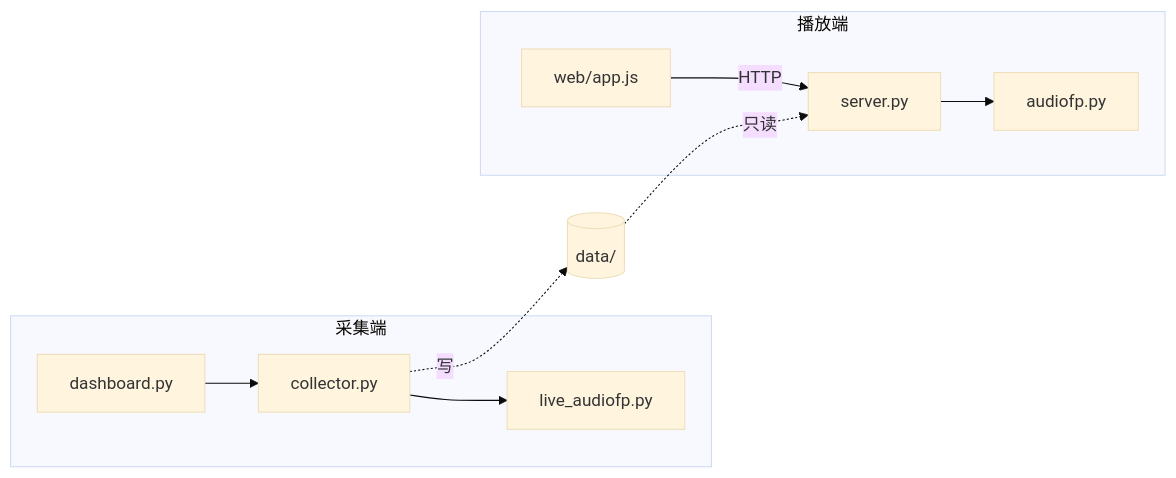
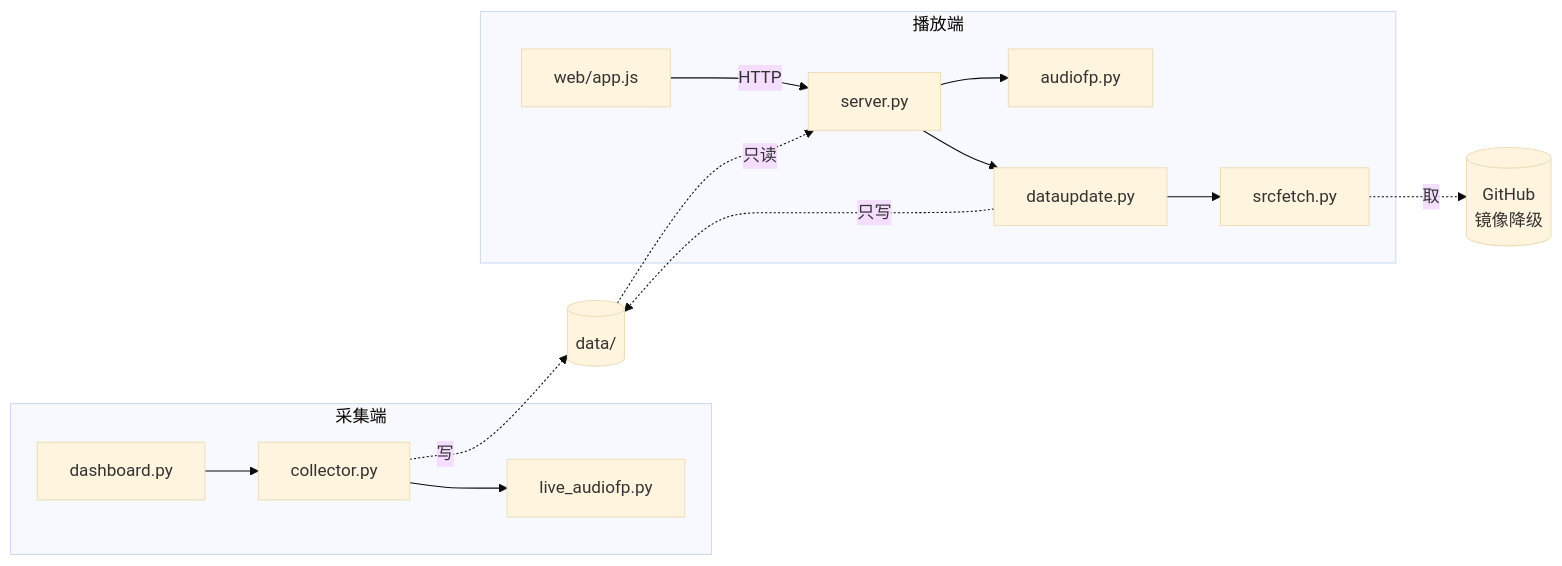
One commit to root9701/danmaku-timewarp changed the first of 2 diagrams in 架构总览.md. Above: the diagram before and after it, drawn with Mermaid (base theme). The commit also changed other lines of this file and 7 other files, not shown here.

````diff
--- a/架构总览.md
+++ b/架构总览.md
@@ -28,13 +29,17 @@
 ```mermaid
 flowchart LR
   subgraph 采集端
     D[dashboard.py] --> C[collector.py]
     C --> L[live_audiofp.py]
   end
   subgraph 播放端
     S[server.py] --> A[audiofp.py]
+    S --> U[dataupdate.py]
+    U --> F[srcfetch.py]
     W[web/app.js] -->|HTTP| S
   end
   C -.写.-> FS[(data/)]
   FS -.只读.-> S
+  U -.只写.-> FS
+  F -.取.-> GH[(GitHub<br/>镜像降级)]
 ```
````
